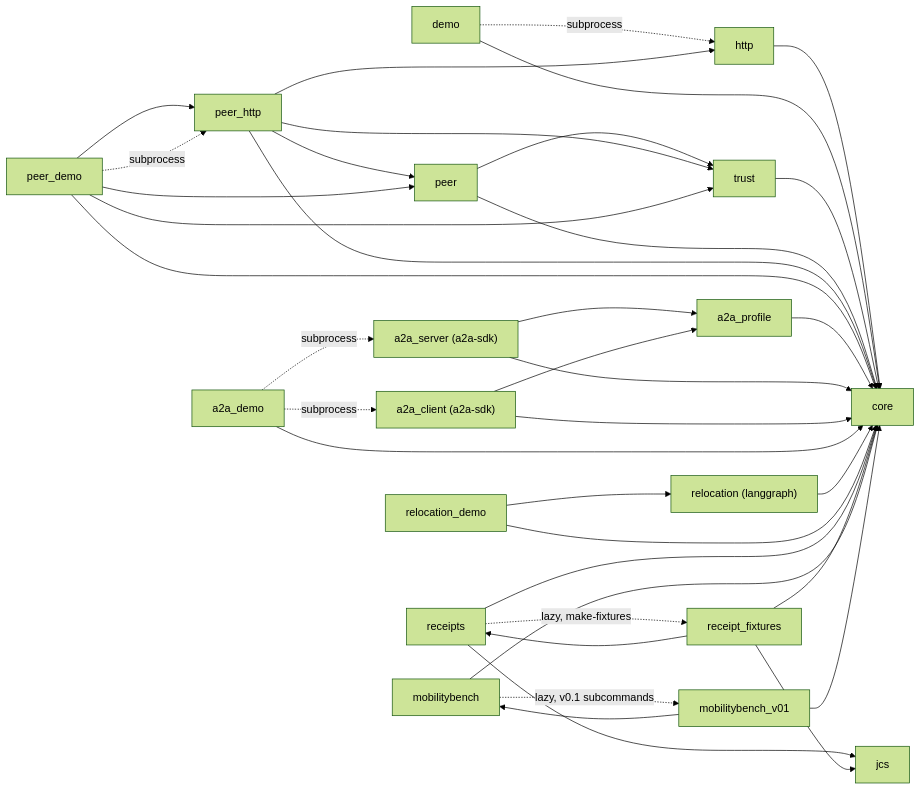
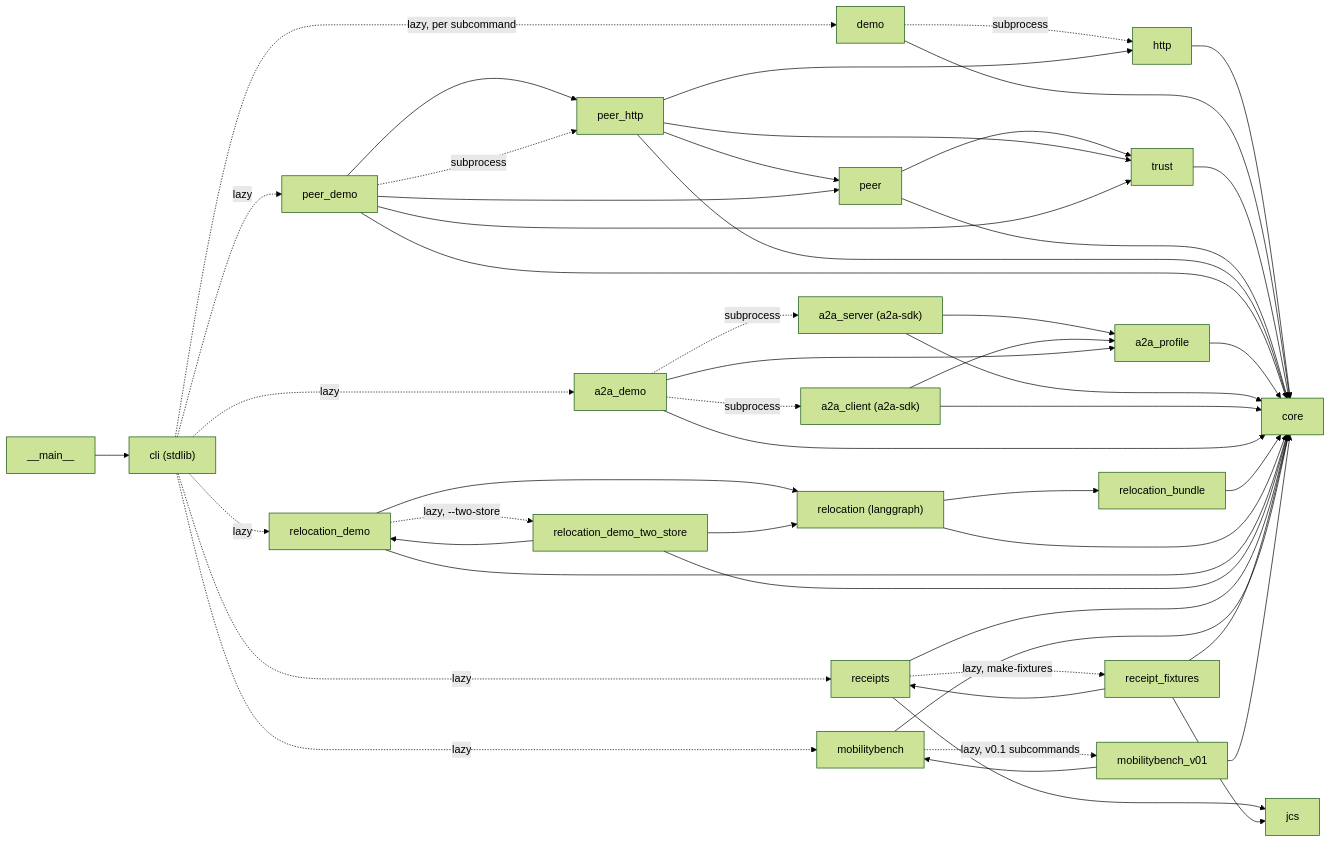
Before and after one commit to MSKazemi/agent-movement: the first of 8 diagrams in docs/architecture.md, drawn with Mermaid (forest theme). The commit also changed other lines of this file and 1 other file, not shown here.

First line of the commit message:
docs: refresh architecture and package guide against 4809bdf

````diff
--- a/docs/architecture.md
+++ b/docs/architecture.md
@@ -56,41 +61,56 @@
 ```mermaid
 flowchart LR
     core[core]
+    cli["cli (stdlib)"]
+    main_mod[__main__] --> cli
+    cli -. "lazy, per subcommand" .-> demo
+    cli -. "lazy" .-> a2a_demo
+    cli -. "lazy" .-> peer_demo
+    cli -. "lazy" .-> relocation_demo
+    cli -. "lazy" .-> mobilitybench
+    cli -. "lazy" .-> receipts
     http[http] --> core
     demo[demo] --> core
     demo -. subprocess .-> http
     trust[trust] --> core
     peer[peer] --> core
     peer --> trust
     peer_http[peer_http] --> core
     peer_http --> http
     peer_http --> peer
     peer_http --> trust
     peer_demo[peer_demo] --> core
     peer_demo --> peer
     peer_demo --> peer_http
     peer_demo --> trust
     peer_demo -. subprocess .-> peer_http
     a2a_profile[a2a_profile] --> core
     a2a_server["a2a_server (a2a-sdk)"] --> a2a_profile
     a2a_server --> core
     a2a_client["a2a_client (a2a-sdk)"] --> a2a_profile
     a2a_client --> core
     a2a_demo[a2a_demo] --> core
+    a2a_demo --> a2a_profile
     a2a_demo -. subprocess .-> a2a_server
     a2a_demo -. subprocess .-> a2a_client
+    relocation_bundle[relocation_bundle] --> core
     relocation["relocation (langgraph)"] --> core
+    relocation --> relocation_bundle
     relocation_demo[relocation_demo] --> relocation
     relocation_demo --> core
+    relocation_demo -. "lazy, --two-store" .-> relocation_demo_two_store
+    relocation_demo_two_store[relocation_demo_two_store] --> relocation
+    relocation_demo_two_store --> relocation_demo
+    relocation_demo_two_store --> core
     jcs[jcs]
     receipts[receipts] --> core
     receipts --> jcs
     receipts -. "lazy, make-fixtures" .-> receipt_fixtures
     receipt_fixtures[receipt_fixtures] --> receipts
     receipt_fixtures --> jcs
     receipt_fixtures --> core
     mobilitybench[mobilitybench] --> core
     mobilitybench -. "lazy, v0.1 subcommands" .-> mobilitybench_v01
     mobilitybench_v01[mobilitybench_v01] --> mobilitybench
     mobilitybench_v01 --> core
 ```
````
